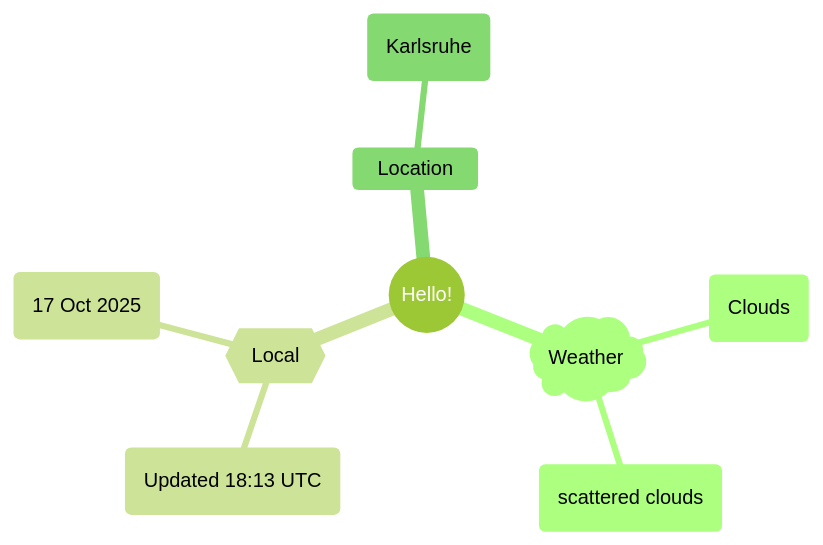
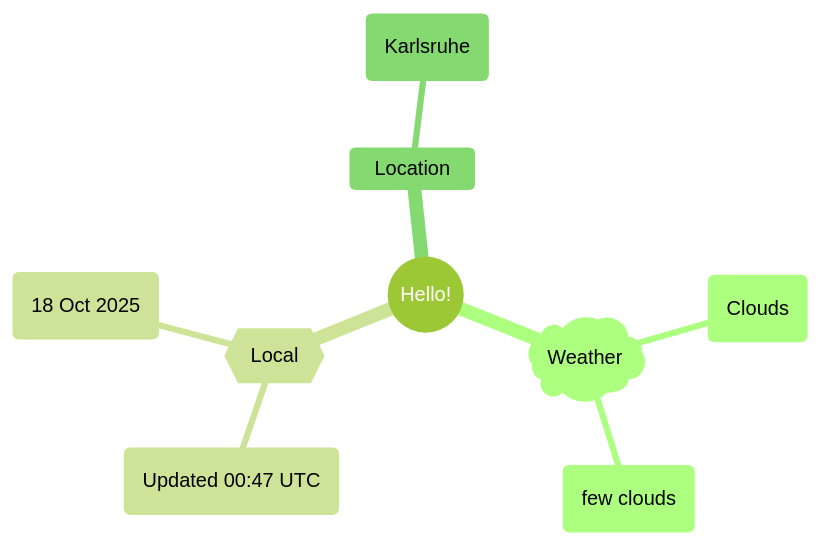
One commit to Xosrov/Xosrov changed the first of 2 diagrams in README.md. Above: the diagram before and after it, drawn with Mermaid (forest theme).

Commit message:
[bot] updated images

````diff
--- a/README.md
+++ b/README.md
@@ -3,12 +3,12 @@
 ```mermaid
 mindmap
   root((Hello!))
     )Weather(
         (Clouds)
-        (scattered clouds)
+        (few clouds)
     {{Local}}
-        (Updated 18:13 UTC)
-        (17 Oct 2025)
+        (Updated 00:47 UTC)
+        (18 Oct 2025)
     Location
         (Karlsruhe)
 ```
````
